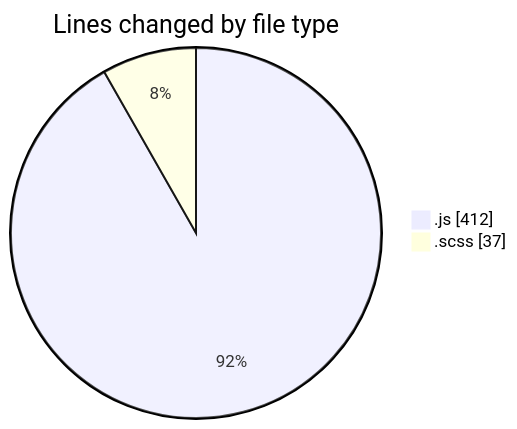
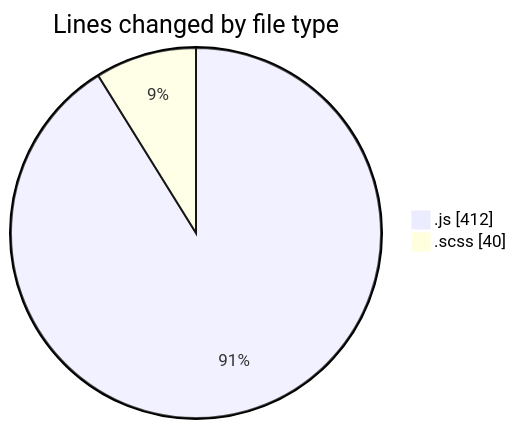
Before and after one commit to momahboobian/code-tracking: the first of 2 diagrams in 2026-01-05/cda/README.md, drawn with Mermaid. The commit also changed other lines of this file and 1 other file, not shown here.

````diff
--- a/2026-01-05/cda/README.md
+++ b/2026-01-05/cda/README.md
@@ -22,6 +22,6 @@
 ```mermaid
 pie showData
 title Lines changed by file type
 ".js" : 412
-".scss" : 37
+".scss" : 40
 ```
````
